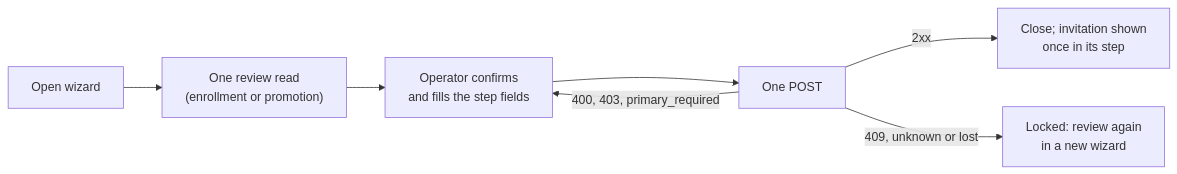
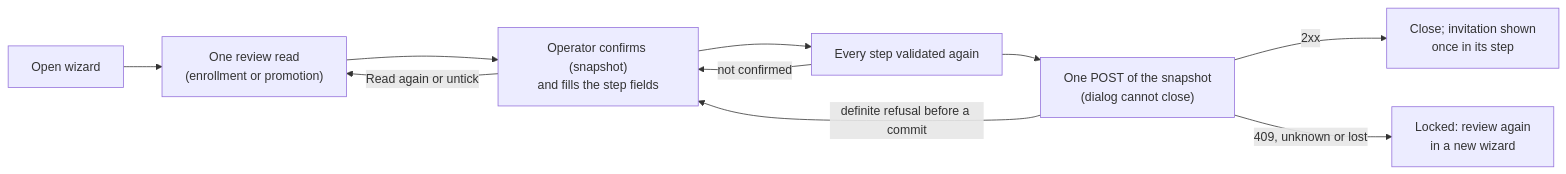
Before and after one commit to robertherbaugh/kudurru: diagram 15 of 31 in docs/architecture/configuration-and-store.md, drawn with Mermaid. The commit also changed other lines of this file and 5 other files, not shown here.

````diff
--- a/docs/architecture/configuration-and-store.md
+++ b/docs/architecture/configuration-and-store.md
@@ -1434,9 +1443,12 @@
 ```mermaid
 flowchart LR
     O["Open wizard"] --> R["One review read<br/>(enrollment or promotion)"]
-    R --> C["Operator confirms<br/>and fills the step fields"]
-    C --> S["One POST"]
+    R --> C["Operator confirms (snapshot)<br/>and fills the step fields"]
+    C -->|"Read again or untick"| R
+    C --> V["Every step validated again"]
+    V -->|"not confirmed"| C
+    V --> S["One POST of the snapshot<br/>(dialog cannot close)"]
     S -->|"2xx"| D["Close; invitation shown<br/>once in its step"]
-    S -->|"400, 403, primary_required"| C
+    S -->|"definite refusal before a commit"| C
     S -->|"409, unknown or lost"| L["Locked: review again<br/>in a new wizard"]
 ```
````
